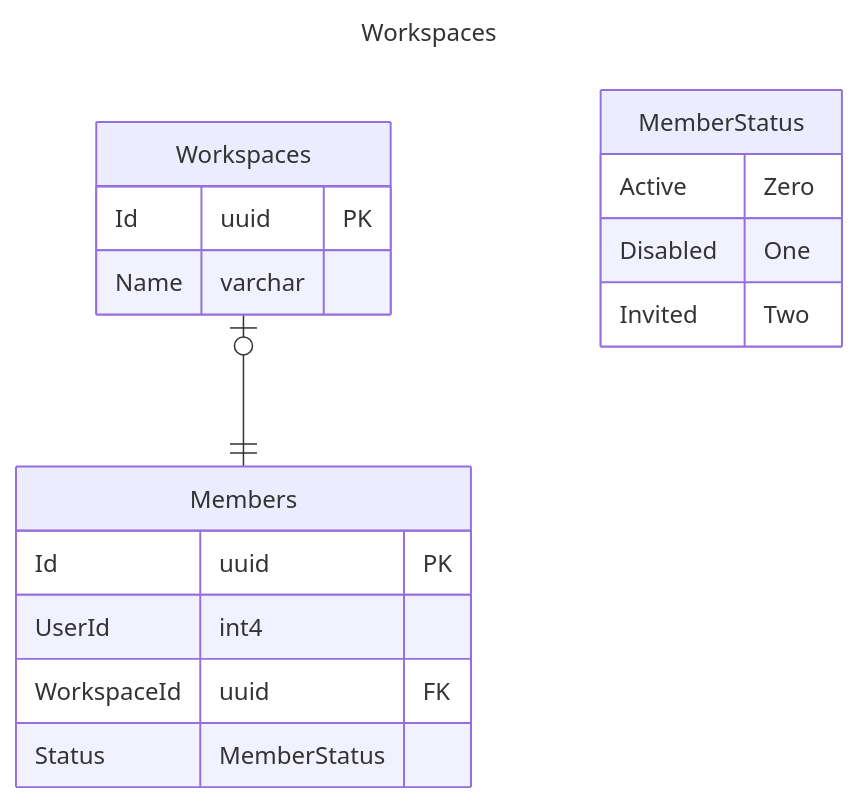
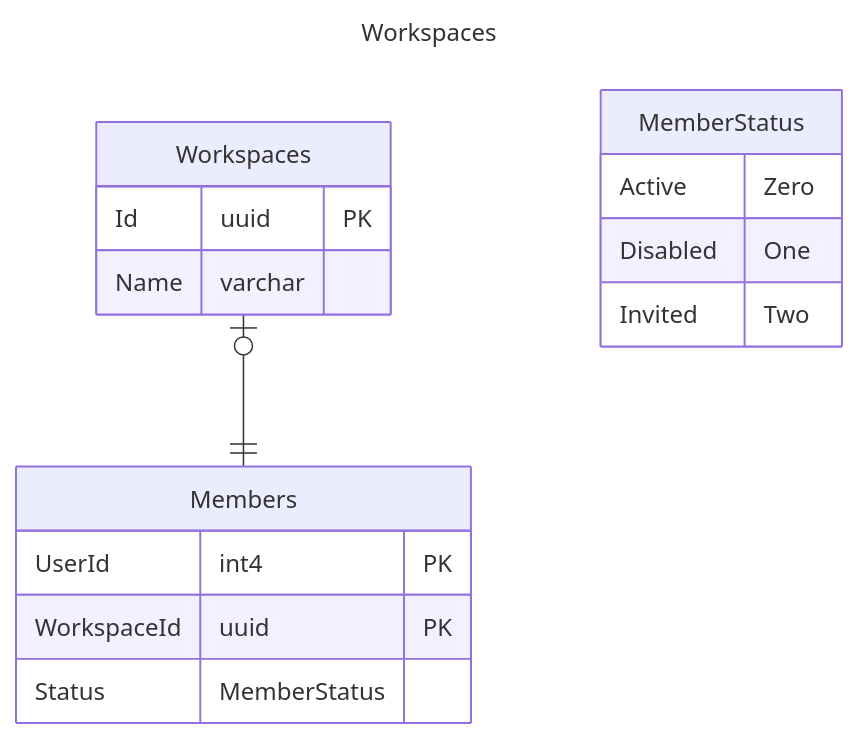
One commit to danyducky/hot-knowledge changed the diagram in docs/database/workspaces.MD. Above: the diagram before and after it, drawn with Mermaid.

Commit message:
Remove member identifier TASK-39

````diff
--- a/docs/database/workspaces.MD
+++ b/docs/database/workspaces.MD
@@ -2,25 +2,24 @@
 ```mermaid
 ---
 title: Workspaces
 ---
 
 erDiagram
     Workspaces |o--|| Members : ""
     Workspaces {
         Id uuid PK
         Name varchar
     }
 
     Members {
-        Id uuid PK
-        UserId int4
-        WorkspaceId uuid FK
+        UserId int4 PK
+        WorkspaceId uuid PK
         Status MemberStatus
     }
 
     MemberStatus {
         Active Zero
         Disabled One
         Invited Two
     }
 ```
````
